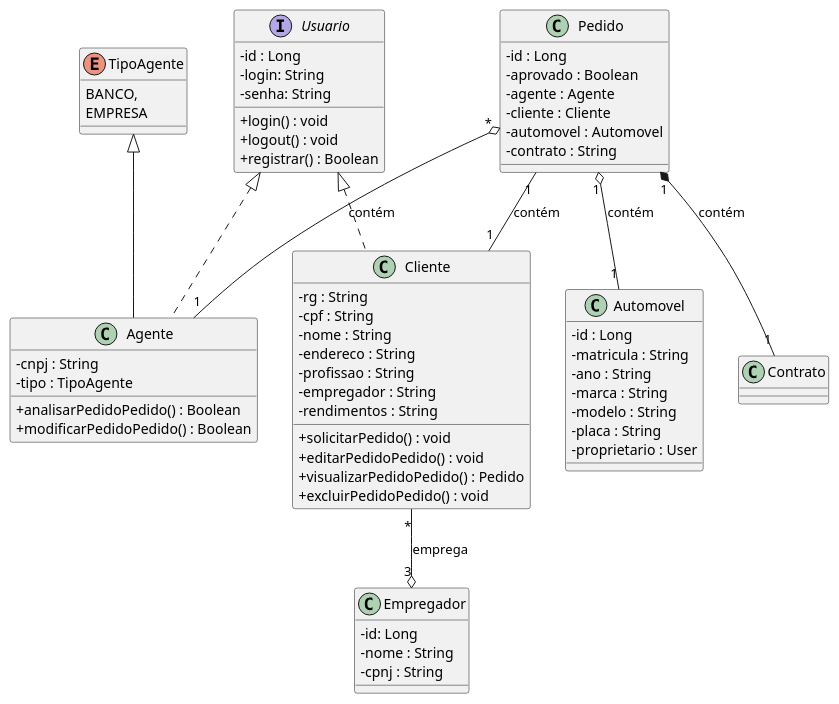
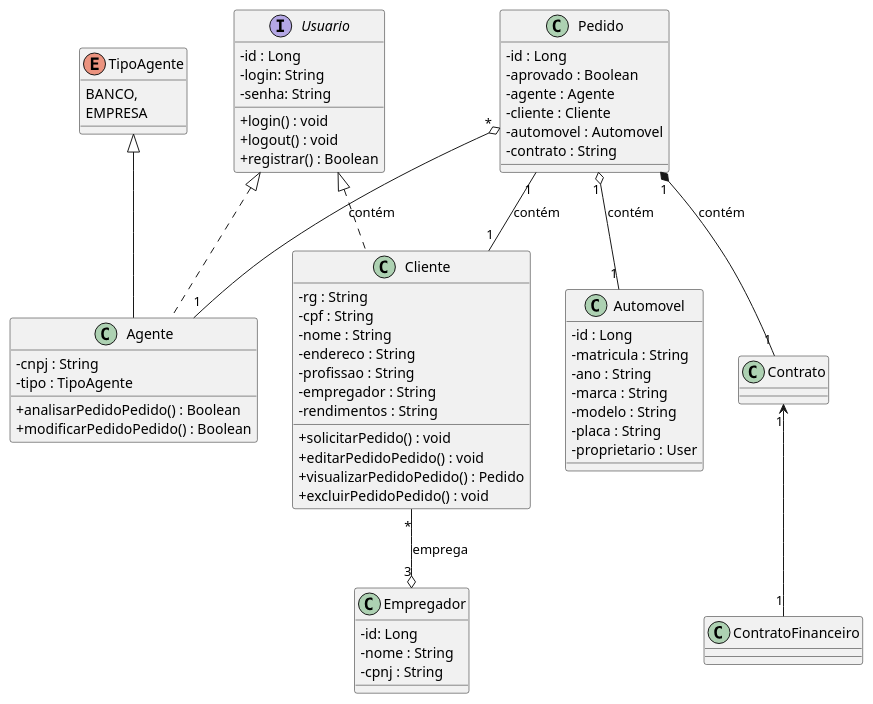
One commit to milenalara/sistema-de-aluguel-de-carros changed the diagram in project/docs/DiagramaDeClasse.puml. Above: the diagram before and after it, drawn with PlantUML. The commit also changed 3 other files, not shown here.

```diff
--- a/project/docs/DiagramaDeClasse.puml
+++ b/project/docs/DiagramaDeClasse.puml
@@ -1,73 +1,74 @@
 @startuml Diagrama
 skinparam classAttributeIconSize 0
 
 Usuario <|.. Agente
 Usuario <|.. Cliente
 Pedido "1" *-- "1" Contrato : contém
+Contrato "1" <-- "1" ContratoFinanceiro 
 Pedido "1" -- "1" Cliente : contém
 Pedido "1" o-- "1" Automovel : contém
 Pedido "*" o-- "1" Agente : contém
 Cliente "*" --o "3" Empregador : emprega
 TipoAgente <|-- Agente
 
 interface Usuario {
     -id : Long
     -login: String
     -senha: String
     +login() : void
     +logout() : void
     +registrar() : Boolean
 }
 
 class Cliente {
     -rg : String
     -cpf : String
     -nome : String
     -endereco : String
     -profissao : String
     -empregador : String
     -rendimentos : String
     +solicitarPedido() : void
     +editarPedidoPedido() : void
     +visualizarPedidoPedido() : Pedido
     +excluirPedidoPedido() : void
 }
 
 class Agente {
     -cnpj : String
     -tipo : TipoAgente
     +analisarPedidoPedido() : Boolean
     +modificarPedidoPedido() : Boolean
 }
 
 enum TipoAgente{
     BANCO,
     EMPRESA
 }
 
 class Empregador {
     -id: Long
     -nome : String
     -cpnj : String
 }
 
 class Pedido {
     -id : Long
     -aprovado : Boolean
     -agente : Agente
     -cliente : Cliente
     -automovel : Automovel
     -contrato : String
 }
 
 class Automovel {
     -id : Long
     -matricula : String
     -ano : String
     -marca : String
     -modelo : String
     -placa : String
     -proprietario : User
 }
 
 @enduml
```
